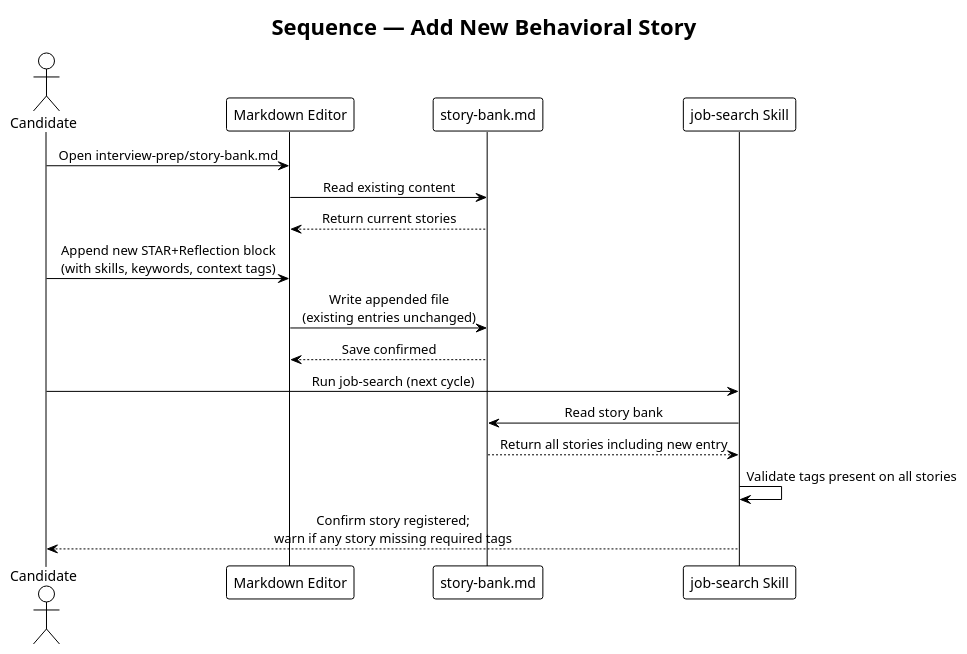
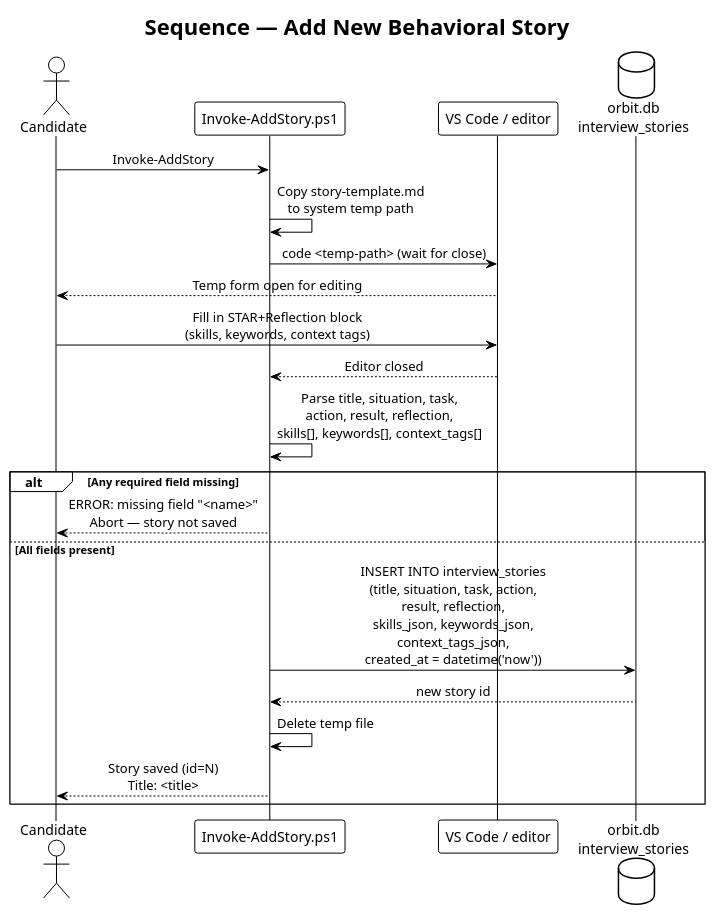
The diagram in docs/detailed-designs/10-interview-preparation/diagrams/sequence_add_story.puml (QuinntyneBrown/Orbit), drawn with PlantUML before and after one commit. The commit also changed 4 other files, not shown here.

Commit message:
Update sequence diagrams for search history, compensation research, interview prep, and recruiter management

```diff
--- a/docs/detailed-designs/10-interview-preparation/diagrams/sequence_add_story.puml
+++ b/docs/detailed-designs/10-interview-preparation/diagrams/sequence_add_story.puml
@@ -1,26 +1,31 @@
 @startuml sequence_add_story
 !theme plain
 skinparam sequenceMessageAlign center
 
 title Sequence — Add New Behavioral Story
 
 actor Candidate
-participant "Markdown Editor" as Editor
-participant "story-bank.md" as StoryBank
-participant "job-search Skill" as Skill
+participant "Invoke-AddStory.ps1" as Script
+participant "VS Code / editor" as Editor
+database "orbit.db\ninterview_stories" as DB
 
-Candidate -> Editor : Open interview-prep/story-bank.md
-Editor -> StoryBank : Read existing content
-StoryBank --> Editor : Return current stories
+Candidate -> Script : Invoke-AddStory
+Script -> Script : Copy story-template.md\nto system temp path
+Script -> Editor : code <temp-path> (wait for close)
+Editor --> Candidate : Temp form open for editing
+Candidate -> Editor : Fill in STAR+Reflection block\n(skills, keywords, context tags)
+Editor --> Script : Editor closed
 
-Candidate -> Editor : Append new STAR+Reflection block\n(with skills, keywords, context tags)
-Editor -> StoryBank : Write appended file\n(existing entries unchanged)
-StoryBank --> Editor : Save confirmed
+Script -> Script : Parse title, situation, task,\naction, result, reflection,\nskills[], keywords[], context_tags[]
 
-Candidate -> Skill : Run job-search (next cycle)
-Skill -> StoryBank : Read story bank
-StoryBank --> Skill : Return all stories including new entry
-Skill -> Skill : Validate tags present on all stories
-Skill --> Candidate : Confirm story registered;\nwarn if any story missing required tags
+alt Any required field missing
+    Script --> Candidate : ERROR: missing field "<name>"\nAbort — story not saved
+else All fields present
+    Script -> DB : INSERT INTO interview_stories\n(title, situation, task, action,\nresult, reflection,\nskills_json, keywords_json,\ncontext_tags_json,\ncreated_at = datetime('now'))
+    DB --> Script : new story id
+
+    Script -> Script : Delete temp file
+    Script --> Candidate : Story saved (id=N)\nTitle: <title>
+end
 
 @enduml
```
